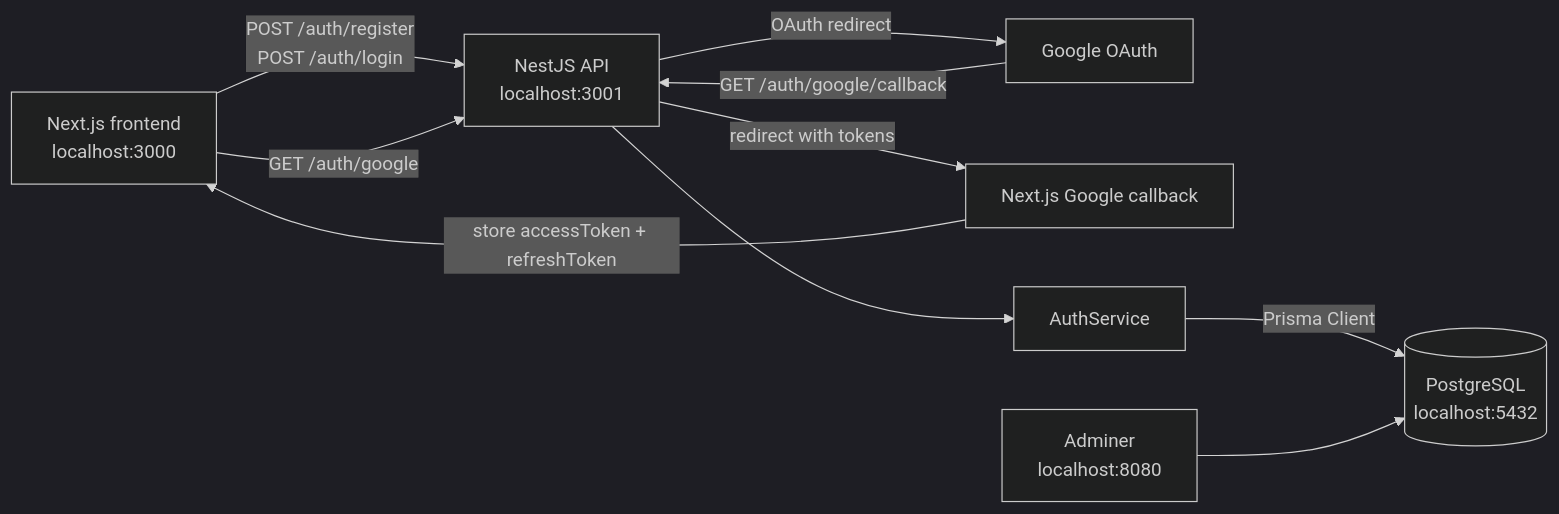
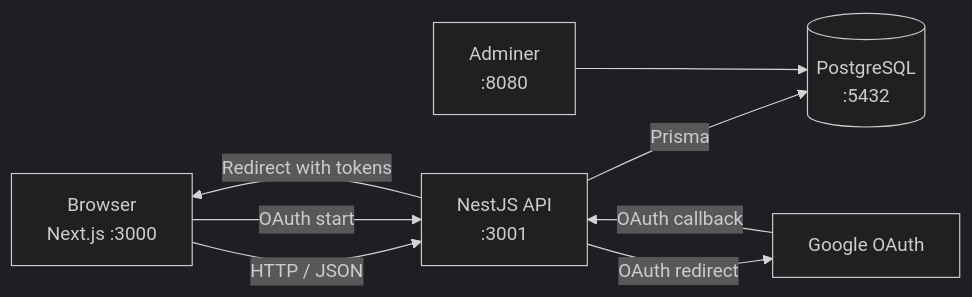
One commit to ALIELYOUSS/ft_transcendence changed the first of 5 diagrams in README.md. Above: the diagram before and after it, drawn with Mermaid (dark theme). The commit also changed other lines of this file and 5 other files, not shown here.

````diff
--- a/README.md
+++ b/README.md
@@ -7,12 +23,16 @@
 ```mermaid
 flowchart LR
-	Browser[Next.js frontend\nlocalhost:3000] -->|POST /auth/register\nPOST /auth/login| API[NestJS API\nlocalhost:3001]
-	Browser -->|GET /auth/google| API
-	API -->|OAuth redirect| Google[Google OAuth]
-	Google -->|GET /auth/google/callback| API
-	API -->|redirect with tokens| Callback[Next.js Google callback]
-	Callback -->|store accessToken + refreshToken| Browser
-	API --> Auth[AuthService]
-	Auth -->|Prisma Client| DB[(PostgreSQL\nlocalhost:5432)]
-	Adminer[Adminer\nlocalhost:8080] --> DB
+    Browser["Browser<br/>Next.js :3000"]
+    API["NestJS API<br/>:3001"]
+    DB[("PostgreSQL<br/>:5432")]
+    Adminer["Adminer<br/>:8080"]
+    Google["Google OAuth"]
+
+    Browser -->|"HTTP / JSON"| API
+    Browser -->|"OAuth start"| API
+    API -->|"Prisma"| DB
+    Adminer --> DB
+    API -->|"OAuth redirect"| Google
+    Google -->|"OAuth callback"| API
+    API -->|"Redirect with tokens"| Browser
 ```
````
